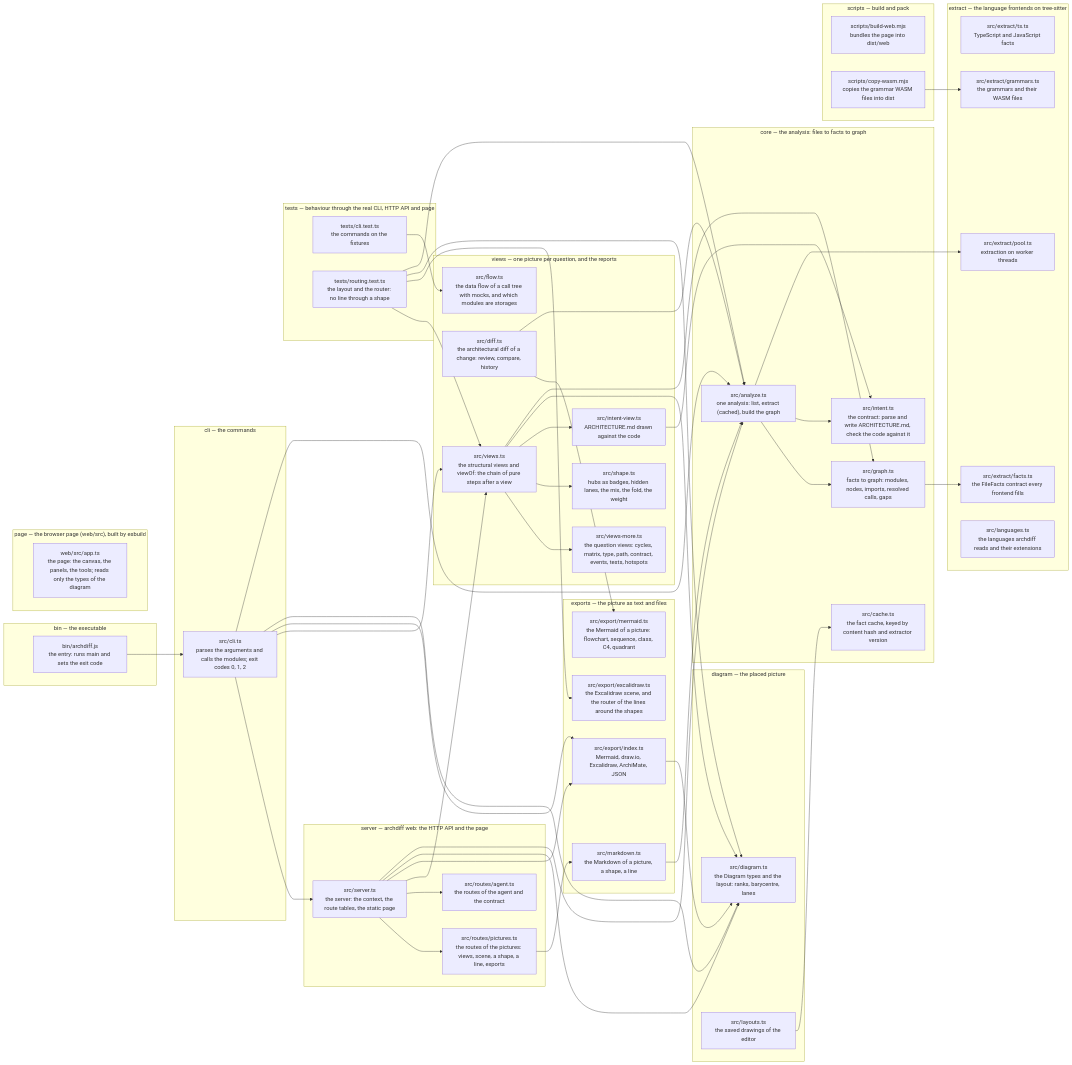
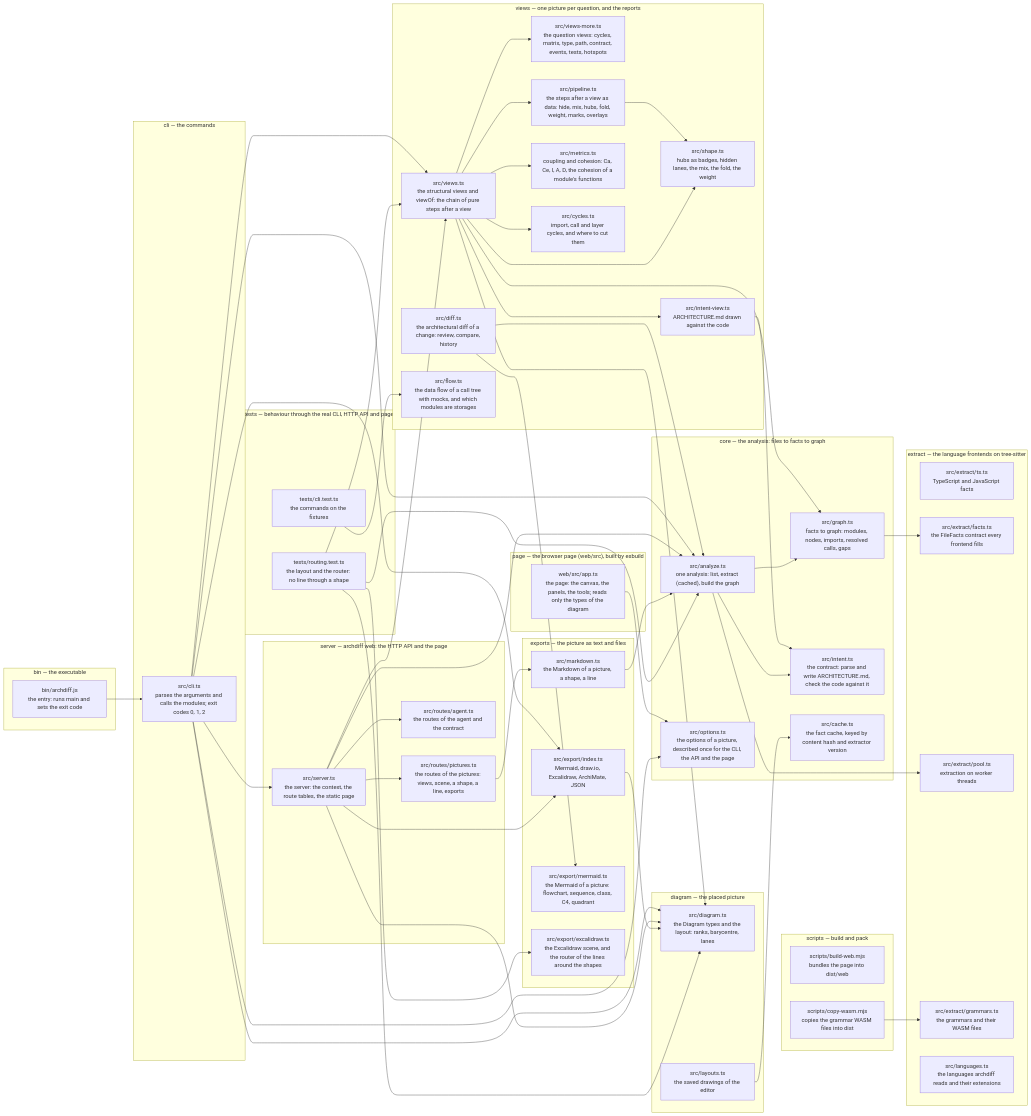
One commit to Ivlad003/archdiff changed the diagram in ARCHITECTURE.md. Above: the diagram before and after it, drawn with Mermaid. The commit also changed other lines of this file and 29 other files, not shown here.

First line of the commit message:
Metrics of coupling and cohesion, cycles that say where to cut, the review against the contract

```diff
--- a/ARCHITECTURE.md
+++ b/ARCHITECTURE.md
@@ -27,6 +27,9 @@
     n_src_diff_ts["src/diff.ts<br>the architectural diff of a change: review, compare, history"]
     n_src_intent_view_ts["src/intent-view.ts<br>ARCHITECTURE.md drawn against the code"]
     n_src_flow_ts["src/flow.ts<br>the data flow of a call tree with mocks, and which modules are storages"]
+    n_src_pipeline_ts["src/pipeline.ts<br>the steps after a view as data: hide, mix, hubs, fold, weight, marks, overlays"]
+    n_src_metrics_ts["src/metrics.ts<br>coupling and cohesion: Ca, Ce, I, A, D, the cohesion of a module's functions"]
+    n_src_cycles_ts["src/cycles.ts<br>import, call and layer cycles, and where to cut them"]
   end
   subgraph n_exports["exports — the picture as text and files"]
     n_src_export_index_ts["src/export/index.ts<br>Mermaid, draw.io, Excalidraw, ArchiMate, JSON"]
@@ -43,6 +46,7 @@
     n_src_graph_ts["src/graph.ts<br>facts to graph: modules, nodes, imports, resolved calls, gaps"]
     n_src_intent_ts["src/intent.ts<br>the contract: parse and write ARCHITECTURE.md, check the code against it"]
     n_src_cache_ts["src/cache.ts<br>the fact cache, keyed by content hash and extractor version"]
+    n_src_options_ts["src/options.ts<br>the options of a picture, described once for the CLI, the API and the page"]
   end
   subgraph n_extract["extract — the language frontends on tree-sitter"]
     n_src_extract_ts_ts["src/extract/ts.ts<br>TypeScript and JavaScript facts"]
@@ -72,7 +76,13 @@
   n_src_server_ts --> n_src_diagram_ts
   n_src_server_ts --> n_src_analyze_ts
   n_src_routes_pictures_ts --> n_src_markdown_ts
+  n_web_src_app_ts --> n_src_options_ts
+  n_src_cli_ts --> n_src_options_ts
   n_src_views_ts --> n_src_views_more_ts
+  n_src_views_ts --> n_src_pipeline_ts
+  n_src_views_ts --> n_src_metrics_ts
+  n_src_views_ts --> n_src_cycles_ts
+  n_src_pipeline_ts --> n_src_shape_ts
   n_src_views_ts --> n_src_shape_ts
   n_src_views_ts --> n_src_intent_view_ts
   n_src_views_ts --> n_src_diagram_ts
```
